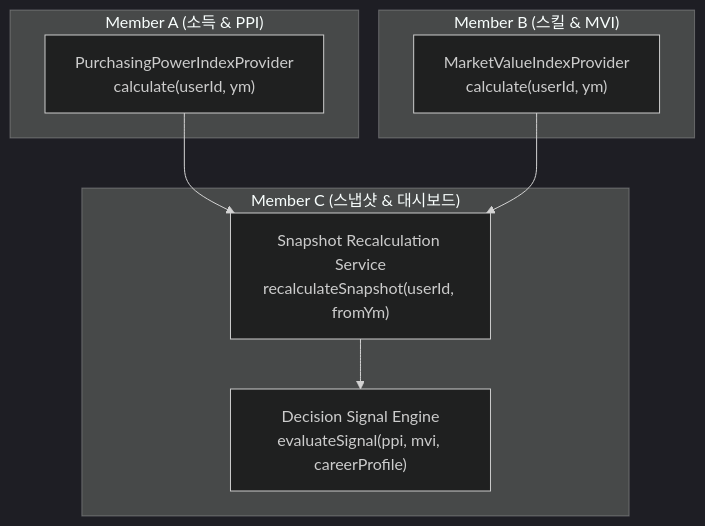
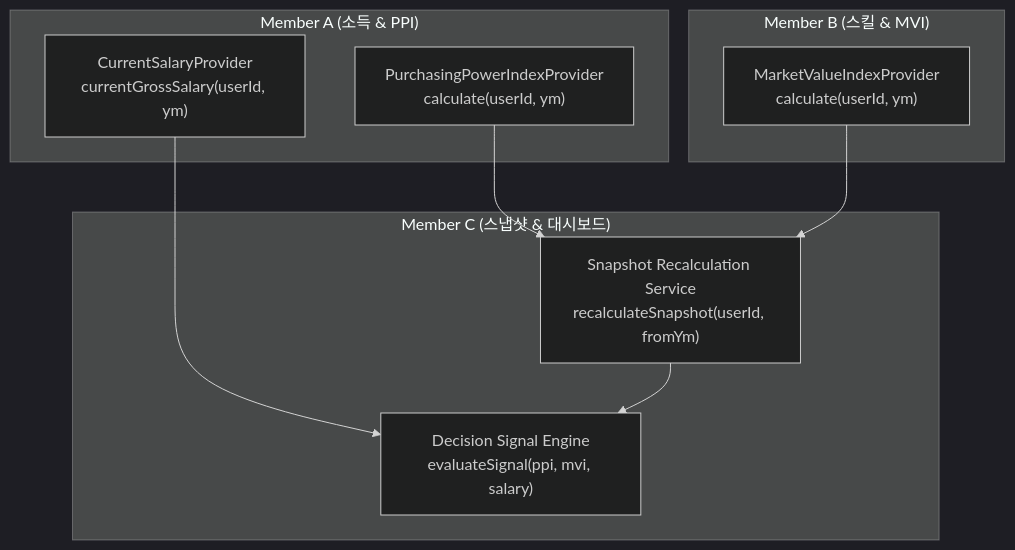
The second of 2 diagrams in docs/plans/carix-dev-plan.md (SeoHyeokGyu/Carix), drawn with Mermaid (dark theme) before and after one commit. The commit also changed other lines of this file and 4 other files, not shown here.

````diff
--- a/docs/plans/carix-dev-plan.md
+++ b/docs/plans/carix-dev-plan.md
@@ -167,19 +167,21 @@
 ```mermaid
 flowchart TD
     subgraph MemberA ["Member A (소득 & PPI)"]
         PPI_OUT["PurchasingPowerIndexProvider<br>calculate(userId, ym)"]
+        SAL_OUT["CurrentSalaryProvider<br>currentGrossSalary(userId, ym)"]
     end
 
     subgraph MemberB ["Member B (스킬 & MVI)"]
         MVI_OUT["MarketValueIndexProvider<br>calculate(userId, ym)"]
     end
 
     subgraph MemberC ["Member C (스냅샷 & 대시보드)"]
         SNAP_ENG["Snapshot Recalculation Service<br>recalculateSnapshot(userId, fromYm)"]
-        DEC_ENG["Decision Signal Engine<br>evaluateSignal(ppi, mvi, careerProfile)"]
+        DEC_ENG["Decision Signal Engine<br>evaluateSignal(ppi, mvi, salary)"]
     end
 
     PPI_OUT --> SNAP_ENG
     MVI_OUT --> SNAP_ENG
+    SAL_OUT --> DEC_ENG
     SNAP_ENG --> DEC_ENG
 ```
````
